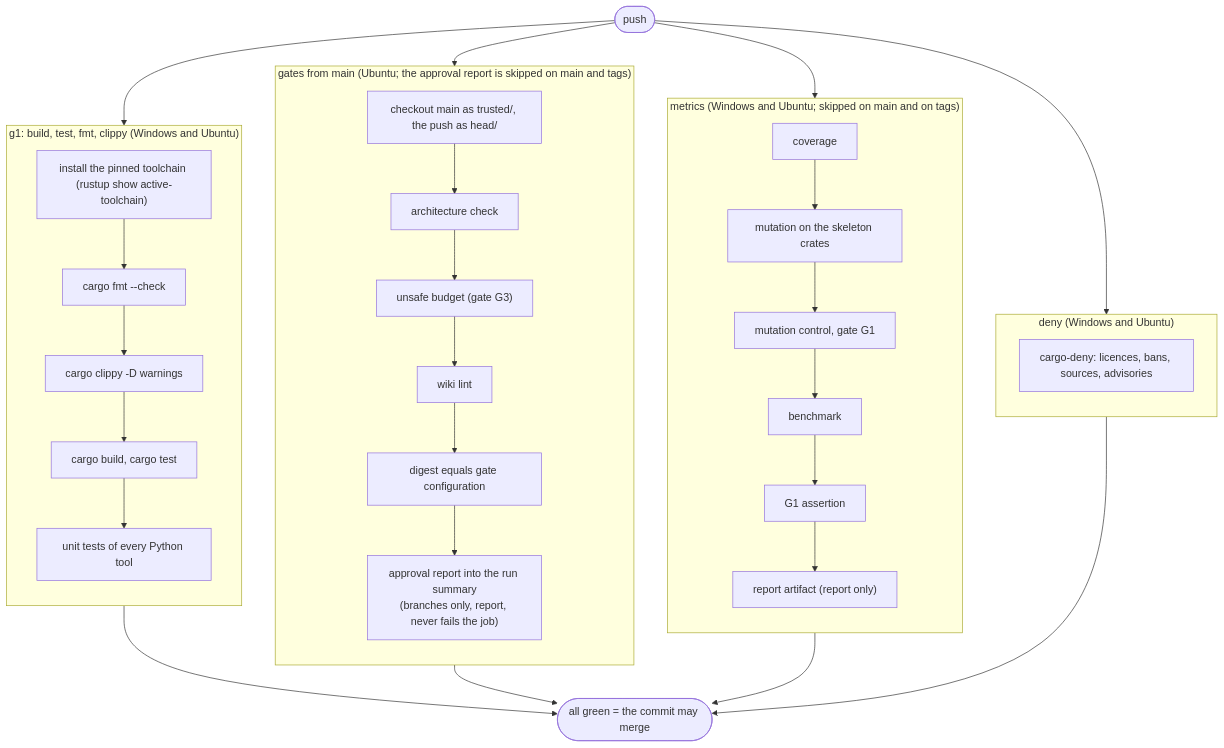
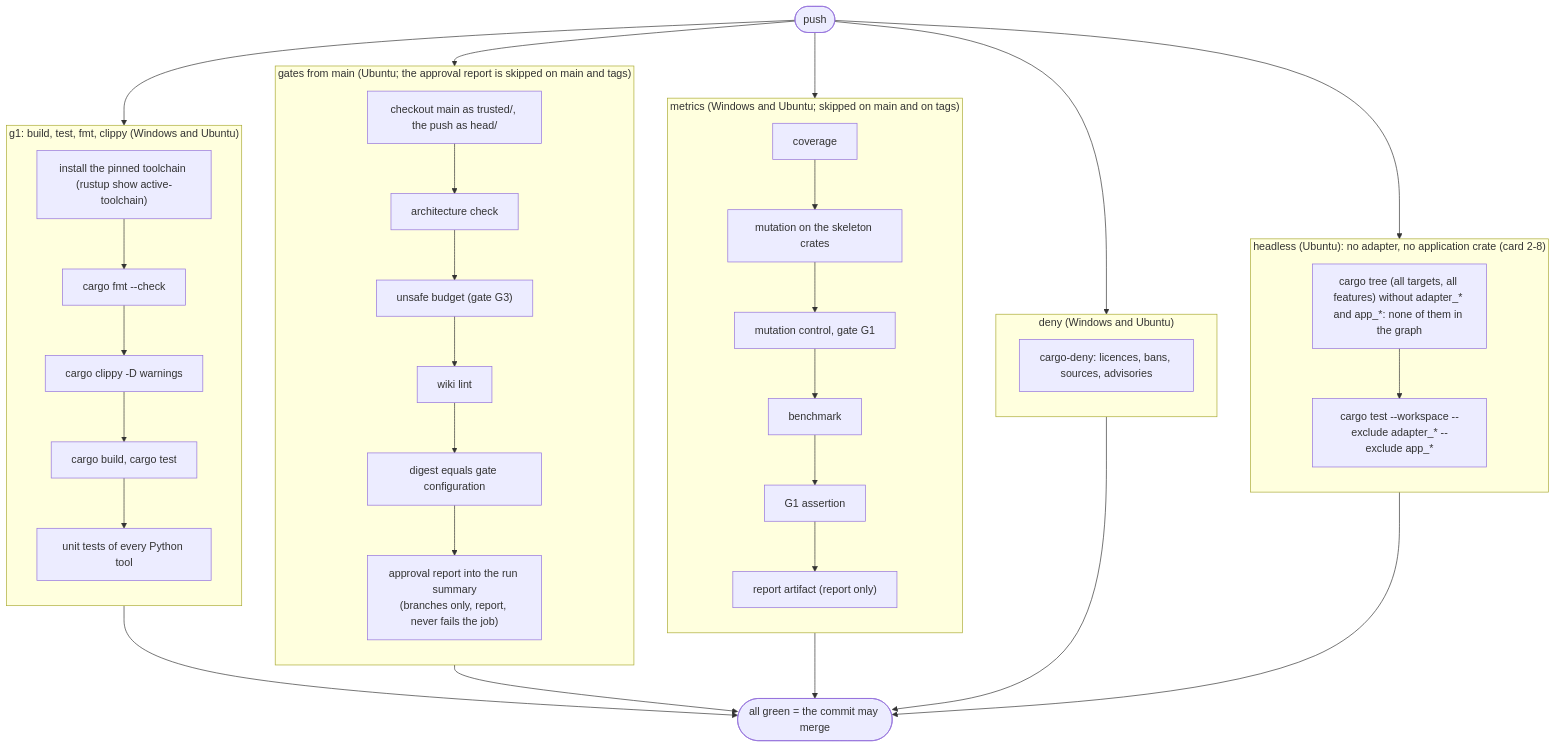
One commit to giamat90/DuckEngine changed the second of 7 diagrams in wiki/workflow/ci-diagrams.md. Above: the diagram before and after it, drawn with Mermaid. The commit also changed other lines of this file and 4 other files, not shown here.

Commit message:
ci(workflow): add the headless-only build and test job (2-8) (#89)

````diff
--- a/wiki/workflow/ci-diagrams.md
+++ b/wiki/workflow/ci-diagrams.md
@@ -47,37 +47,42 @@
 ```mermaid
 flowchart TB
-  start(["push"]) --> g1 & gates & metrics & deny
+  start(["push"]) --> g1 & gates & metrics & deny & headless
 
   subgraph g1["g1: build, test, fmt, clippy (Windows and Ubuntu)"]
     direction TB
     a1["install the pinned toolchain (rustup show active-toolchain)"] --> a2["cargo fmt --check"]
     a2 --> a3["cargo clippy -D warnings"]
     a3 --> a4["cargo build, cargo test"]
     a4 --> a5["unit tests of every Python tool"]
   end
 
   subgraph gates["gates from main (Ubuntu; the approval report is skipped on main and tags)"]
     direction TB
     b1["checkout main as trusted/, the push as head/"] --> b2["architecture check"]
     b2 --> b2b["unsafe budget (gate G3)"]
     b2b --> b3["wiki lint"]
     b3 --> b4["digest equals gate configuration"]
     b4 --> b5["approval report into the run summary<br/>(branches only, report, never fails the job)"]
   end
 
   subgraph metrics["metrics (Windows and Ubuntu; skipped on main and on tags)"]
     direction TB
     c1["coverage"] --> c2["mutation on the skeleton crates"]
     c2 --> c3["mutation control, gate G1"]
     c3 --> c4["benchmark"]
     c4 --> c4b["G1 assertion"]
     c4b --> c5["report artifact (report only)"]
   end
 
   subgraph deny["deny (Windows and Ubuntu)"]
     direction TB
     d1["cargo-deny: licences, bans, sources, advisories"]
   end
 
-  g1 & gates & metrics & deny --> done(["all green = the commit may merge"])
+  subgraph headless["headless (Ubuntu): no adapter, no application crate (card 2-8)"]
+    direction TB
+    h1["cargo tree (all targets, all features) without adapter_* and app_*: none of them in the graph"] --> h2["cargo test --workspace --exclude adapter_* --exclude app_*"]
+  end
+
+  g1 & gates & metrics & deny & headless --> done(["all green = the commit may merge"])
 ```
````
